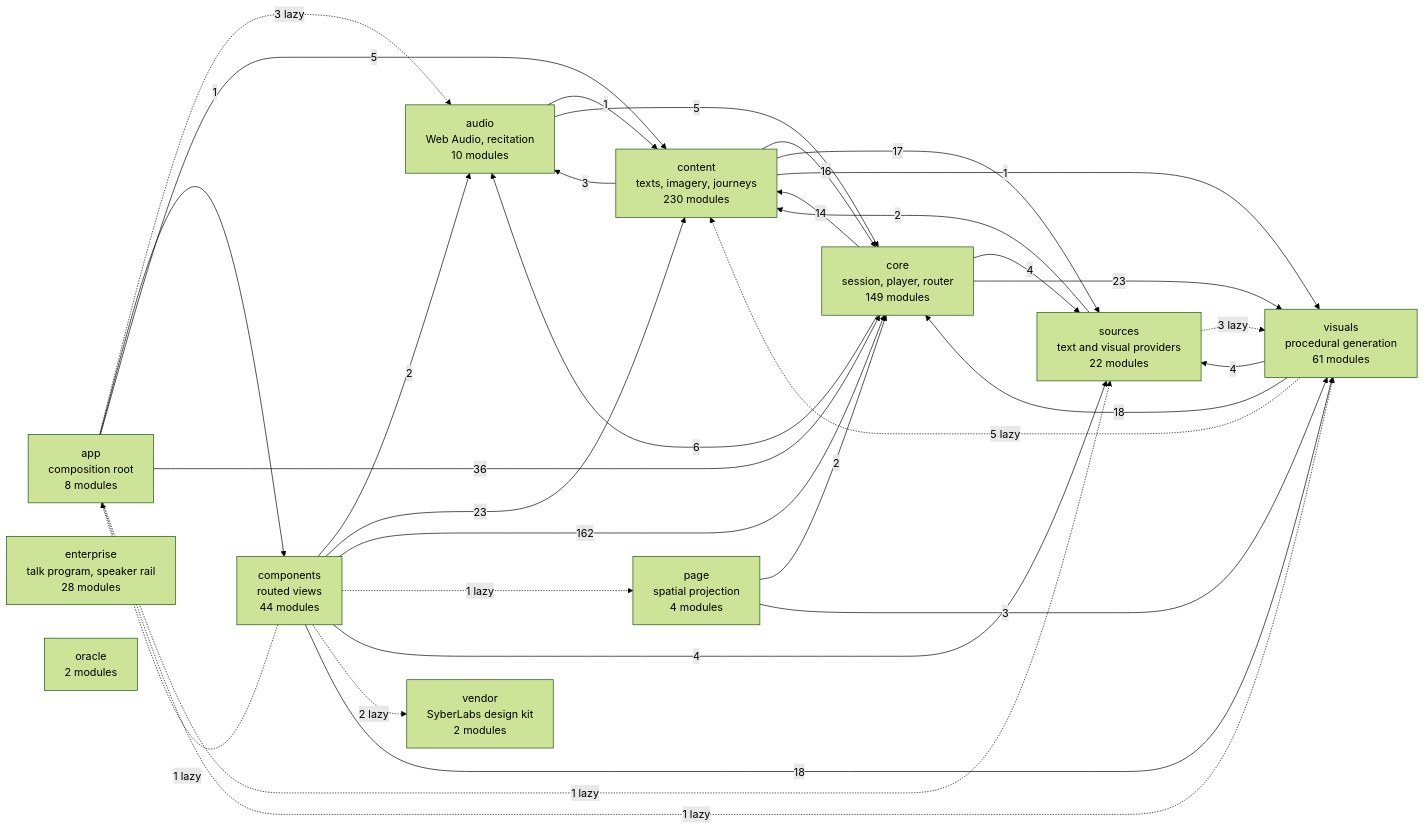
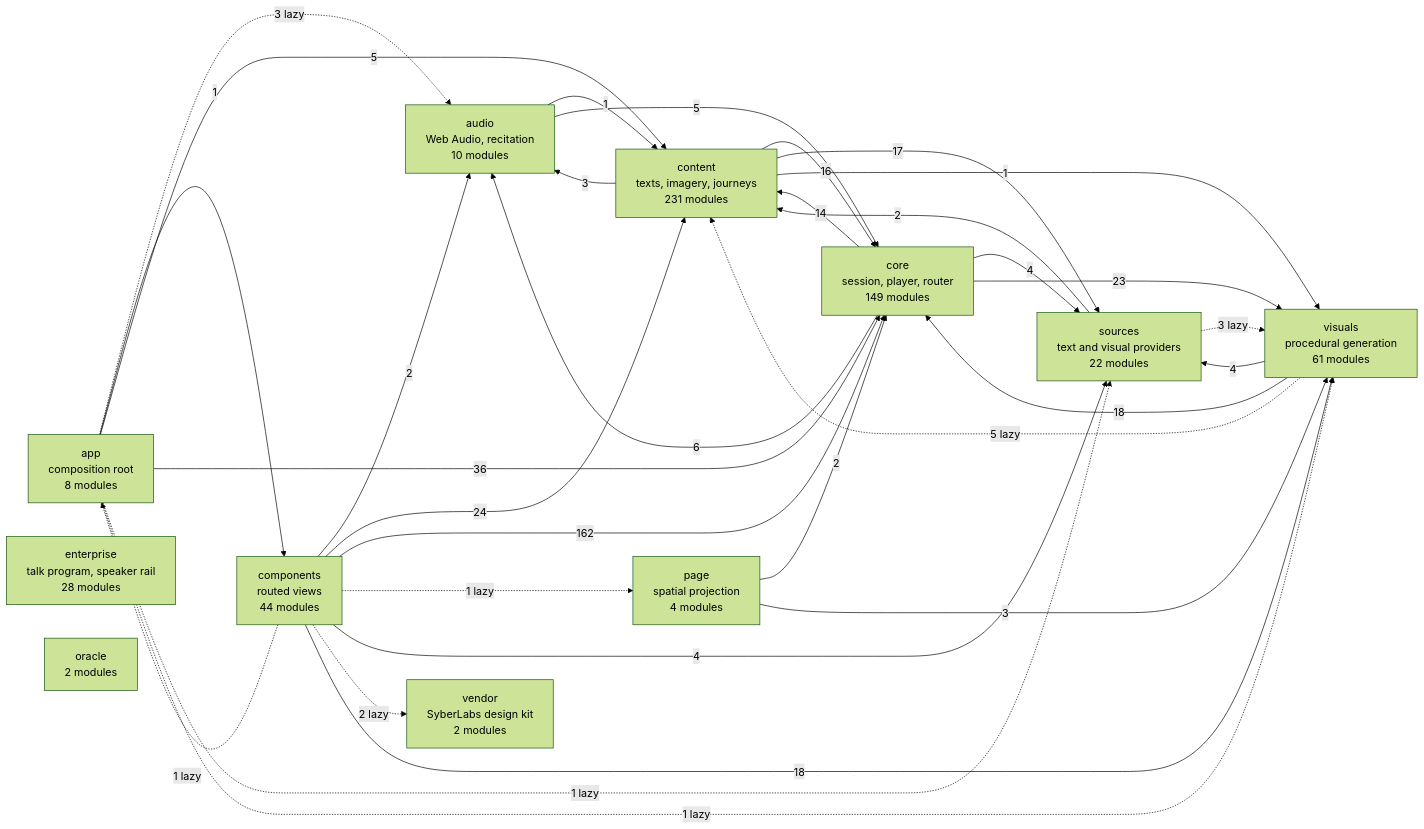
The diagram in docs/specs/ARCHITECTURE.md (SyberLabs/RISE), drawn with Mermaid (forest theme) before and after one commit. The commit also changed 7 other files, not shown here.

````diff
--- a/docs/specs/ARCHITECTURE.md
+++ b/docs/specs/ARCHITECTURE.md
@@ -160,46 +160,46 @@
 ```mermaid
 flowchart LR
     app["app<br/>composition root<br/>8 modules"]
     audio["audio<br/>Web Audio, recitation<br/>10 modules"]
     components["components<br/>routed views<br/>44 modules"]
-    content["content<br/>texts, imagery, journeys<br/>230 modules"]
+    content["content<br/>texts, imagery, journeys<br/>231 modules"]
     core["core<br/>session, player, router<br/>149 modules"]
     enterprise["enterprise<br/>talk program, speaker rail<br/>28 modules"]
     oracle["oracle<br/>2 modules"]
     page["page<br/>spatial projection<br/>4 modules"]
     sources["sources<br/>text and visual providers<br/>22 modules"]
     vendor["vendor<br/>SyberLabs design kit<br/>2 modules"]
     visuals["visuals<br/>procedural generation<br/>61 modules"]
 
     app -.-> |3 lazy| audio
     app --> |1| components
     app --> |5| content
     app --> |36| core
     app -.-> |1 lazy| sources
     app -.-> |1 lazy| visuals
     audio --> |1| content
     audio --> |5| core
     components -.-> |1 lazy| app
     components --> |2| audio
-    components --> |23| content
+    components --> |24| content
     components --> |162| core
     components -.-> |1 lazy| page
     components --> |4| sources
     components -.-> |2 lazy| vendor
     components --> |18| visuals
     content --> |3| audio
     content --> |16| core
     content --> |17| sources
     content --> |1| visuals
     core --> |6| audio
     core --> |14| content
     core --> |4| sources
     core --> |23| visuals
     page --> |2| core
     page --> |3| visuals
     sources --> |2| content
     sources -.-> |3 lazy| visuals
     visuals -.-> |5 lazy| content
     visuals --> |18| core
     visuals --> |4| sources
 ```
````
